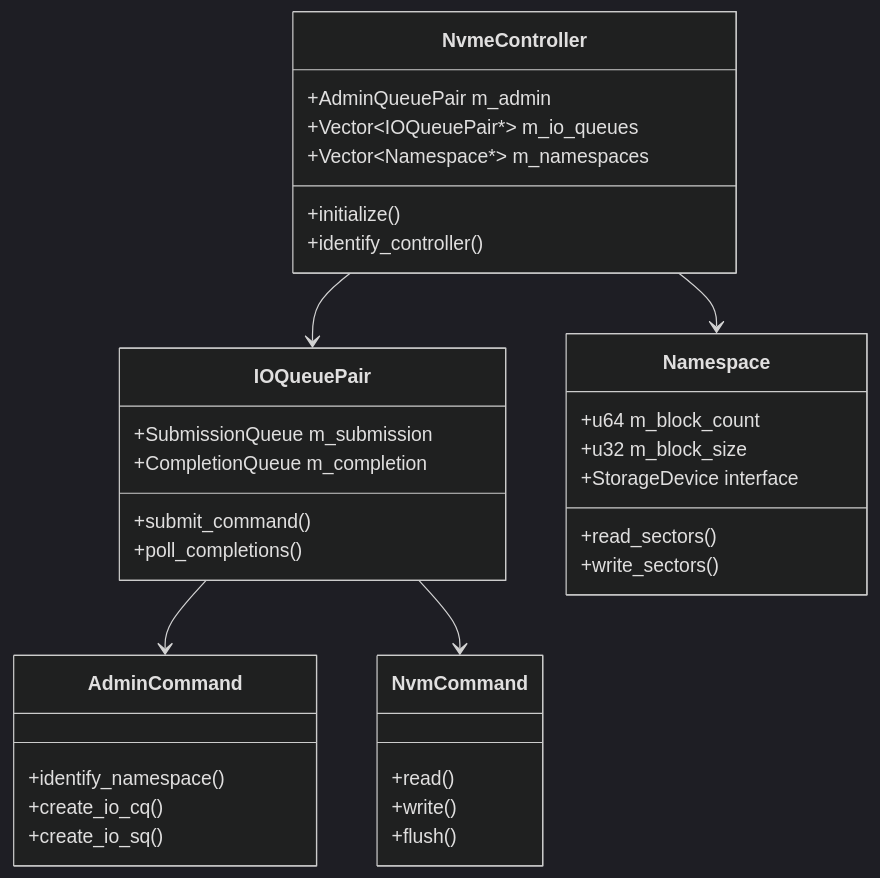
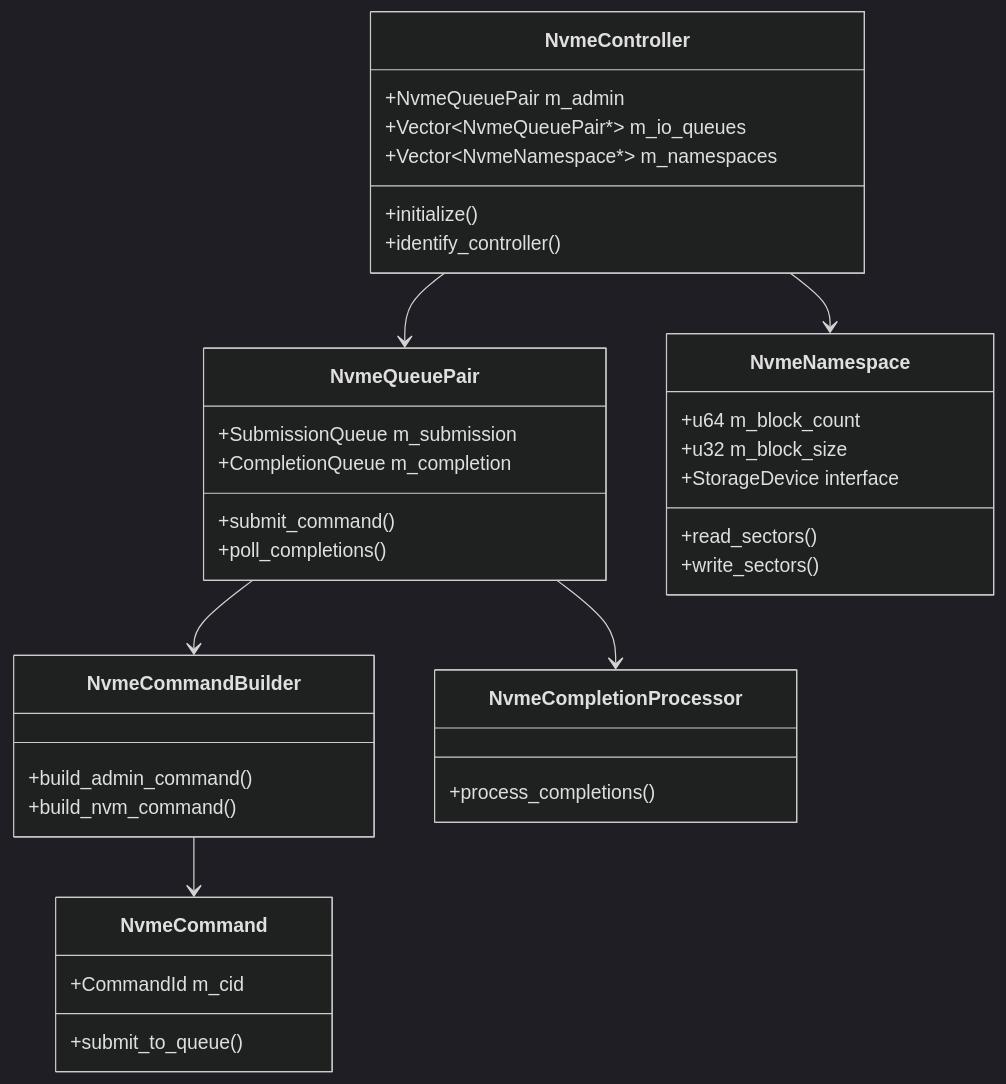
The sixth of 8 diagrams in Docs/Domains/drivers-framework.md (KitsuneBSD/FKernel), drawn with Mermaid (dark theme) before and after one commit. The commit also changed other lines of this file and 491 other files, not shown here.

````diff
--- a/Docs/Domains/drivers-framework.md
+++ b/Docs/Domains/drivers-framework.md
@@ -185,37 +185,39 @@
 ```mermaid
 classDiagram
     class NvmeController {
-        +AdminQueuePair m_admin
-        +Vector~IOQueuePair*~ m_io_queues
-        +Vector~Namespace*~ m_namespaces
+        +NvmeQueuePair m_admin
+        +Vector~NvmeQueuePair*~ m_io_queues
+        +Vector~NvmeNamespace*~ m_namespaces
         +initialize()
         +identify_controller()
     }
-    class IOQueuePair {
+    class NvmeQueuePair {
         +SubmissionQueue m_submission
         +CompletionQueue m_completion
         +submit_command()
         +poll_completions()
     }
-    class Namespace {
+    class NvmeNamespace {
         +u64 m_block_count
         +u32 m_block_size
         +StorageDevice interface
         +read_sectors()
         +write_sectors()
     }
-    class AdminCommand {
-        +identify_namespace()
-        +create_io_cq()
-        +create_io_sq()
+    class NvmeCommandBuilder {
+        +build_admin_command()
+        +build_nvm_command()
     }
-    class NvmCommand {
-        +read()
-        +write()
-        +flush()
+    class NvmeCommand {
+        +CommandId m_cid
+        +submit_to_queue()
     }
-    NvmeController --> IOQueuePair
-    NvmeController --> Namespace
-    IOQueuePair --> AdminCommand
-    IOQueuePair --> NvmCommand
+    class NvmeCompletionProcessor {
+        +process_completions()
+    }
+    NvmeController --> NvmeQueuePair
+    NvmeController --> NvmeNamespace
+    NvmeQueuePair --> NvmeCommandBuilder
+    NvmeQueuePair --> NvmeCompletionProcessor
+    NvmeCommandBuilder --> NvmeCommand
 ```
````
